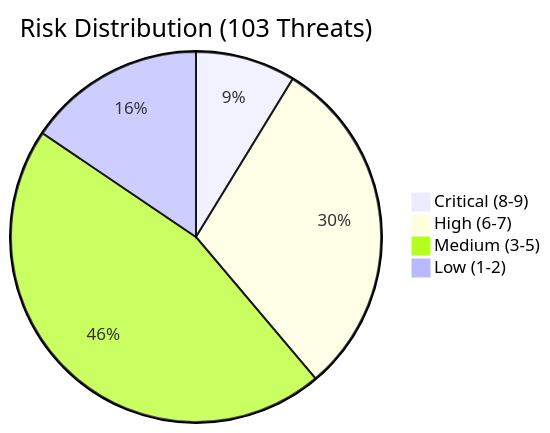
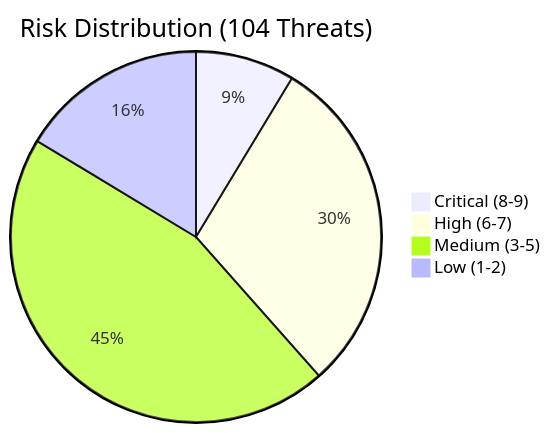
Before and after one commit to aws-solutions-library-samples/accelerated-intelligent-document-processing-on-aws: the diagram in security/threat-modeling/risk-assessment/risk-matrix.md, drawn with Mermaid. The commit also changed other lines of this file and 12 other files, not shown here.

````diff
--- a/security/threat-modeling/risk-assessment/risk-matrix.md
+++ b/security/threat-modeling/risk-assessment/risk-matrix.md
@@ -177,7 +177,7 @@
 ```mermaid
-pie title Risk Distribution (103 Threats)
+pie title Risk Distribution (104 Threats)
     "Critical (8-9)" : 9
     "High (6-7)" : 31
     "Medium (3-5)" : 47
-    "Low (1-2)" : 16
+    "Low (1-2)" : 17
 ```
````
